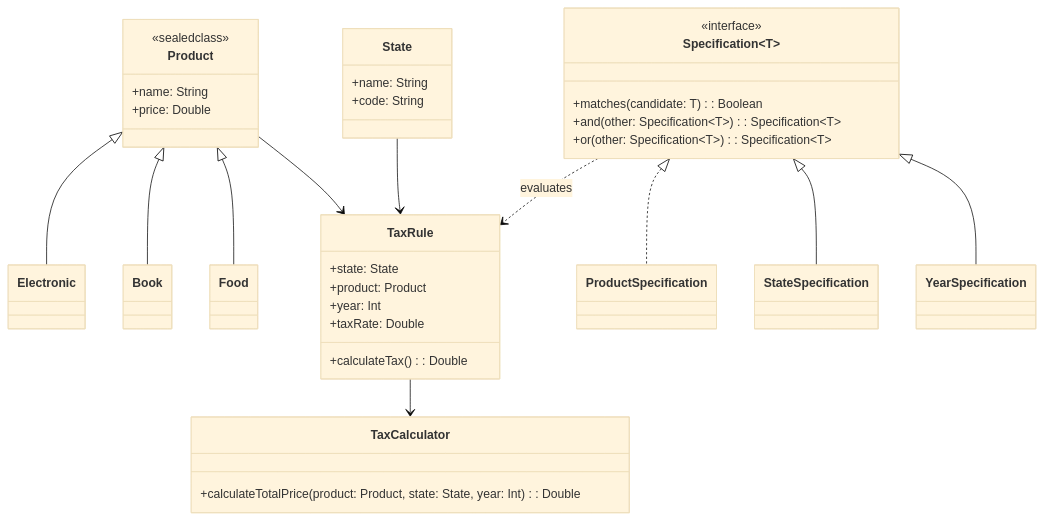
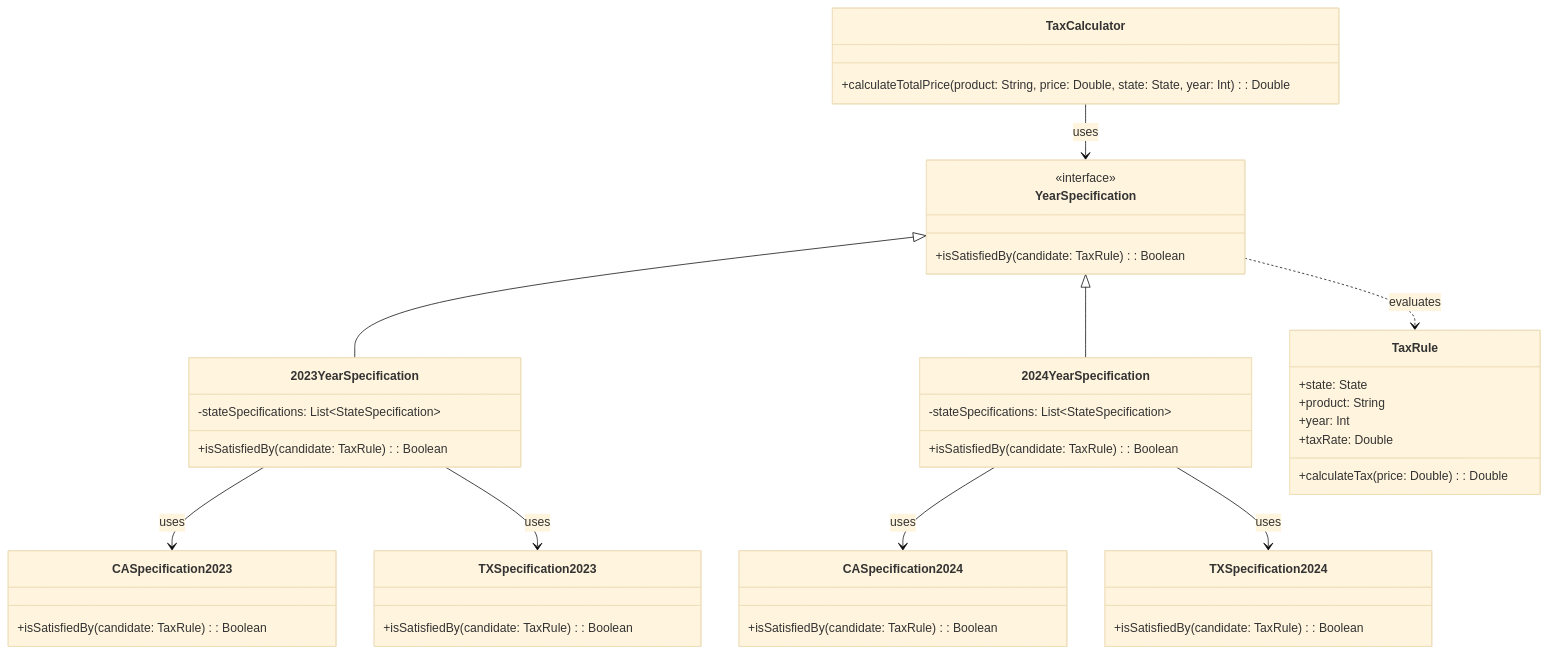
The first of 2 diagrams in kotlin/tax-system/README.md (rbleggi/tech-pocs), drawn with Mermaid (base theme) before and after one commit. The commit also changed other lines of this file and 14 other files, not shown here.

````diff
--- a/kotlin/tax-system/README.md
+++ b/kotlin/tax-system/README.md
@@ -22,54 +22,57 @@
 ```mermaid
 classDiagram
-    class Product {
-        <<sealedclass>>
-        +name: String
-        +price: Double
-    }
 
-    class Electronic
-    class Book
-    class Food
+   class YearSpecification {
+      <<interface>>
+      +isSatisfiedBy(candidate: TaxRule): Boolean
+   }
 
-    class State {
-        +name: String
-        +code: String
-    }
+   class 2023YearSpecification {
+      -stateSpecifications: List~StateSpecification~
+      +isSatisfiedBy(candidate: TaxRule): Boolean
+   }
 
-    class TaxRule {
-        +state: State
-        +product: Product
-        +year: Int
-        +taxRate: Double
-        +calculateTax(): Double
-    }
+   class 2024YearSpecification {
+      -stateSpecifications: List~StateSpecification~
+      +isSatisfiedBy(candidate: TaxRule): Boolean
+   }
 
-    class Specification~T~ {
-        <<interface>>
-        +matches(candidate: T): Boolean
-        +and(other: Specification~T~): Specification~T~
-        +or(other: Specification~T~): Specification~T~
-    }
+   class CASpecification2023 {
+      +isSatisfiedBy(candidate: TaxRule): Boolean
+   }
 
-    class ProductSpecification
-    class StateSpecification
-    class YearSpecification
+   class TXSpecification2023 {
+      +isSatisfiedBy(candidate: TaxRule): Boolean
+   }
 
-    class TaxCalculator {
-        +calculateTotalPrice(product: Product, state: State, year: Int): Double
-    }
+   class CASpecification2024 {
+      +isSatisfiedBy(candidate: TaxRule): Boolean
+   }
 
-    Product <|-- Electronic
-    Product <|-- Book
-    Product <|-- Food
+   class TXSpecification2024 {
+      +isSatisfiedBy(candidate: TaxRule): Boolean
+   }
 
-    Product --> TaxRule
-    State --> TaxRule
-    TaxRule --> TaxCalculator
+   class TaxRule {
+      +state: State
+      +product: String
+      +year: Int
+      +taxRate: Double
+      +calculateTax(price: Double): Double
+   }
 
-    Specification~T~ <|.. ProductSpecification
-    Specification~T~ <|-- StateSpecification
-    Specification~T~ <|-- YearSpecification
+   class TaxCalculator {
+      +calculateTotalPrice(product: String, price: Double, state: State, year: Int): Double
+   }
 
-    Specification~T~ ..> TaxRule : evaluates
+   YearSpecification <|-- 2023YearSpecification
+   YearSpecification <|-- 2024YearSpecification
+
+   2023YearSpecification --> CASpecification2023 : uses
+   2023YearSpecification --> TXSpecification2023 : uses
+   2024YearSpecification --> CASpecification2024 : uses
+   2024YearSpecification --> TXSpecification2024 : uses
+
+   TaxCalculator --> YearSpecification : uses
+   YearSpecification ..> TaxRule : evaluates
 ```
````
